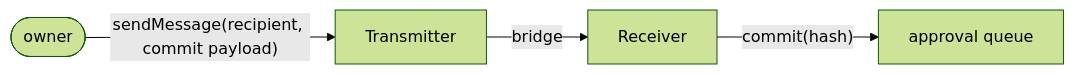
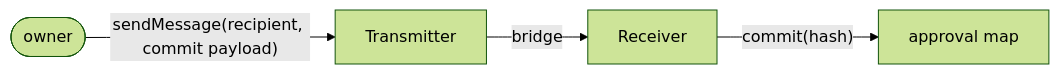
One commit to crossecute/protocol changed the fourth of 5 diagrams in README.md. Above: the diagram before and after it, drawn with Mermaid (forest theme). The commit also changed other lines of this file and 14 other files, not shown here.

````diff
--- a/README.md
+++ b/README.md
@@ -130,6 +131,6 @@
 ```mermaid
 flowchart LR
     Owner([owner]) -->|"sendMessage(recipient, commit payload)"| Tx[Transmitter]
     Tx -->|"bridge"| Rx[Receiver]
-    Rx -->|"commit(hash)"| Queue[approval queue]
+    Rx -->|"commit(hash)"| Map[approval map]
 ```
````
